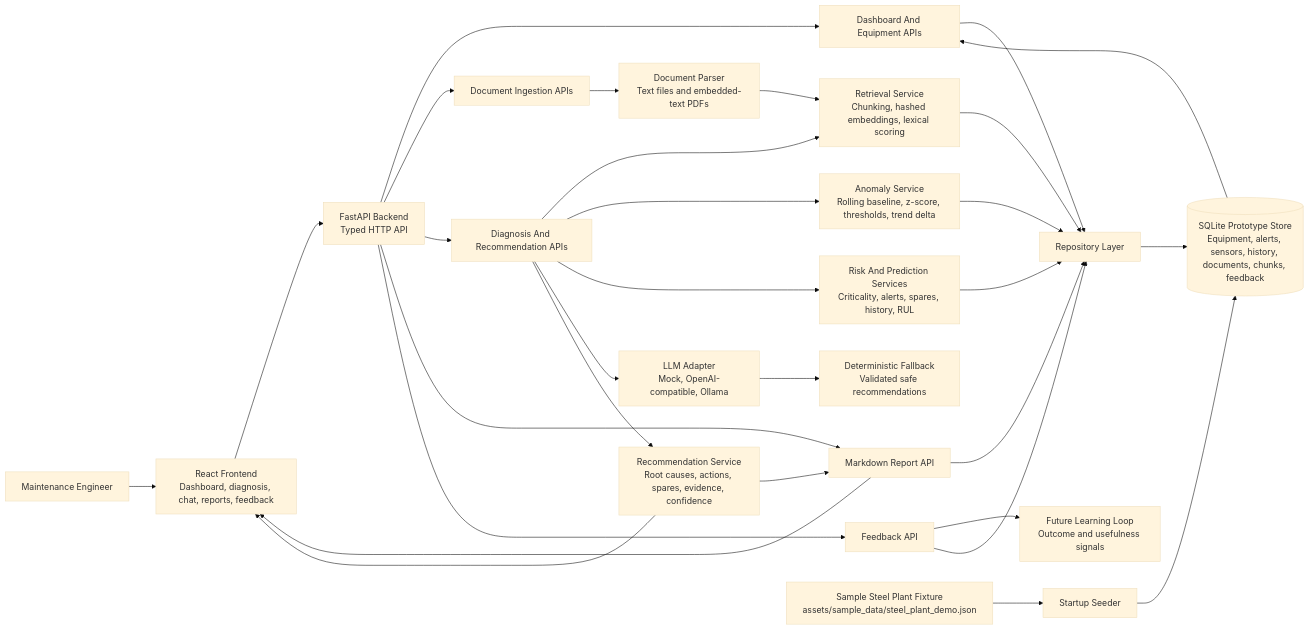
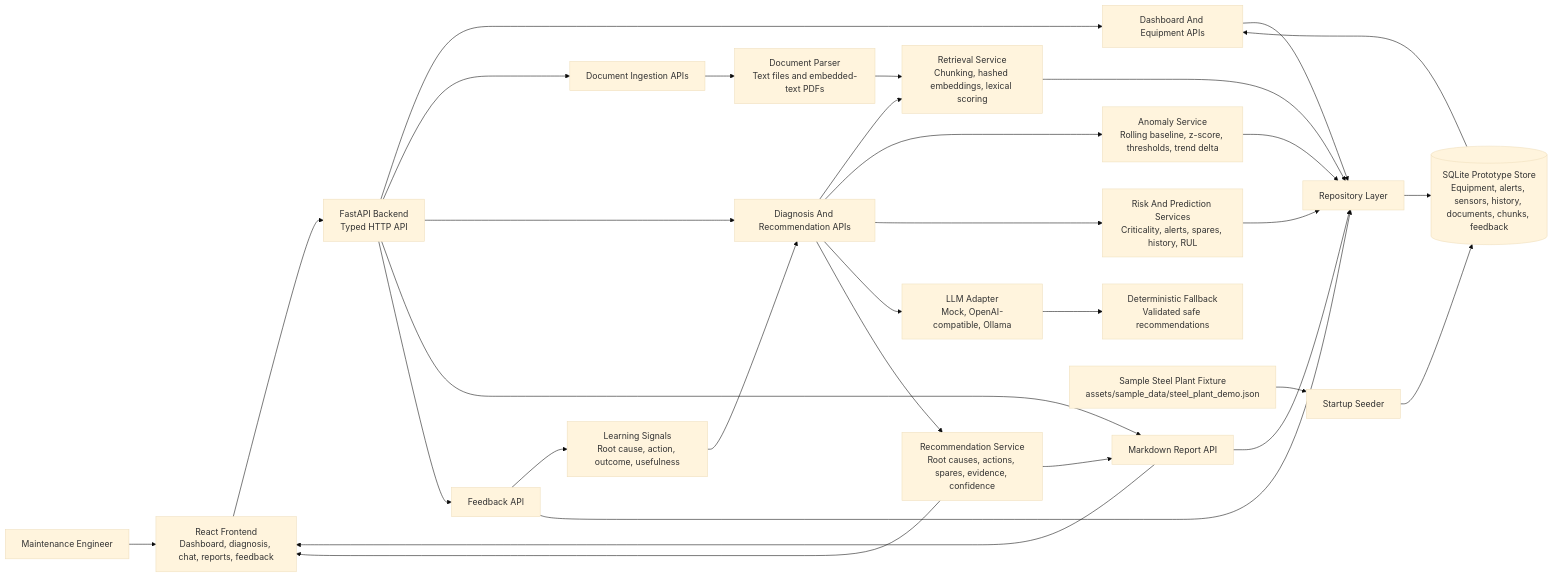
One commit to ragavendran-r/ai-powered-maintenance-wizard changed the diagram in docs/architecture.md. Above: the diagram before and after it, drawn with Mermaid (base theme). The commit also changed other lines of this file and 14 other files, not shown here.

Commit message:
Add ingestion UI and feedback learning loop

````diff
--- a/docs/architecture.md
+++ b/docs/architecture.md
@@ -5,39 +5,40 @@
 ```mermaid
 flowchart LR
   engineer["Maintenance Engineer"] --> frontend["React Frontend<br/>Dashboard, diagnosis, chat, reports, feedback"]
   frontend --> api["FastAPI Backend<br/>Typed HTTP API"]
 
   api --> dashboard["Dashboard And Equipment APIs"]
   api --> ingest["Document Ingestion APIs"]
   api --> diagnosis["Diagnosis And Recommendation APIs"]
   api --> report["Markdown Report API"]
   api --> feedback["Feedback API"]
 
   ingest --> parser["Document Parser<br/>Text files and embedded-text PDFs"]
   parser --> retrieval["Retrieval Service<br/>Chunking, hashed embeddings, lexical scoring"]
 
   diagnosis --> retrieval
   diagnosis --> anomaly["Anomaly Service<br/>Rolling baseline, z-score, thresholds, trend delta"]
   diagnosis --> risk["Risk And Prediction Services<br/>Criticality, alerts, spares, history, RUL"]
   diagnosis --> llm["LLM Adapter<br/>Mock, OpenAI-compatible, Ollama"]
   llm --> fallback["Deterministic Fallback<br/>Validated safe recommendations"]
   diagnosis --> recommendations["Recommendation Service<br/>Root causes, actions, spares, evidence, confidence"]
 
   recommendations --> report
-  feedback --> learning["Future Learning Loop<br/>Outcome and usefulness signals"]
+  feedback --> learning["Learning Signals<br/>Root cause, action, outcome, usefulness"]
+  learning --> diagnosis
 
   dashboard --> repo["Repository Layer"]
   retrieval --> repo
   anomaly --> repo
   risk --> repo
   report --> repo
   feedback --> repo
   repo --> sqlite[("SQLite Prototype Store<br/>Equipment, alerts, sensors, history, documents, chunks, feedback")]
 
   sample["Sample Steel Plant Fixture<br/>assets/sample_data/steel_plant_demo.json"] --> loader["Startup Seeder"]
   loader --> sqlite
 
   recommendations --> frontend
   report --> frontend
   sqlite --> dashboard
 ```
````
